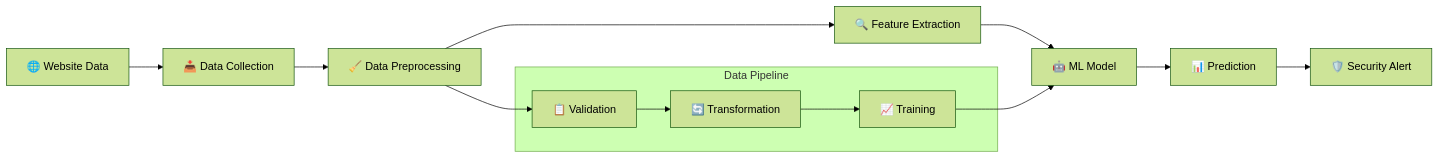
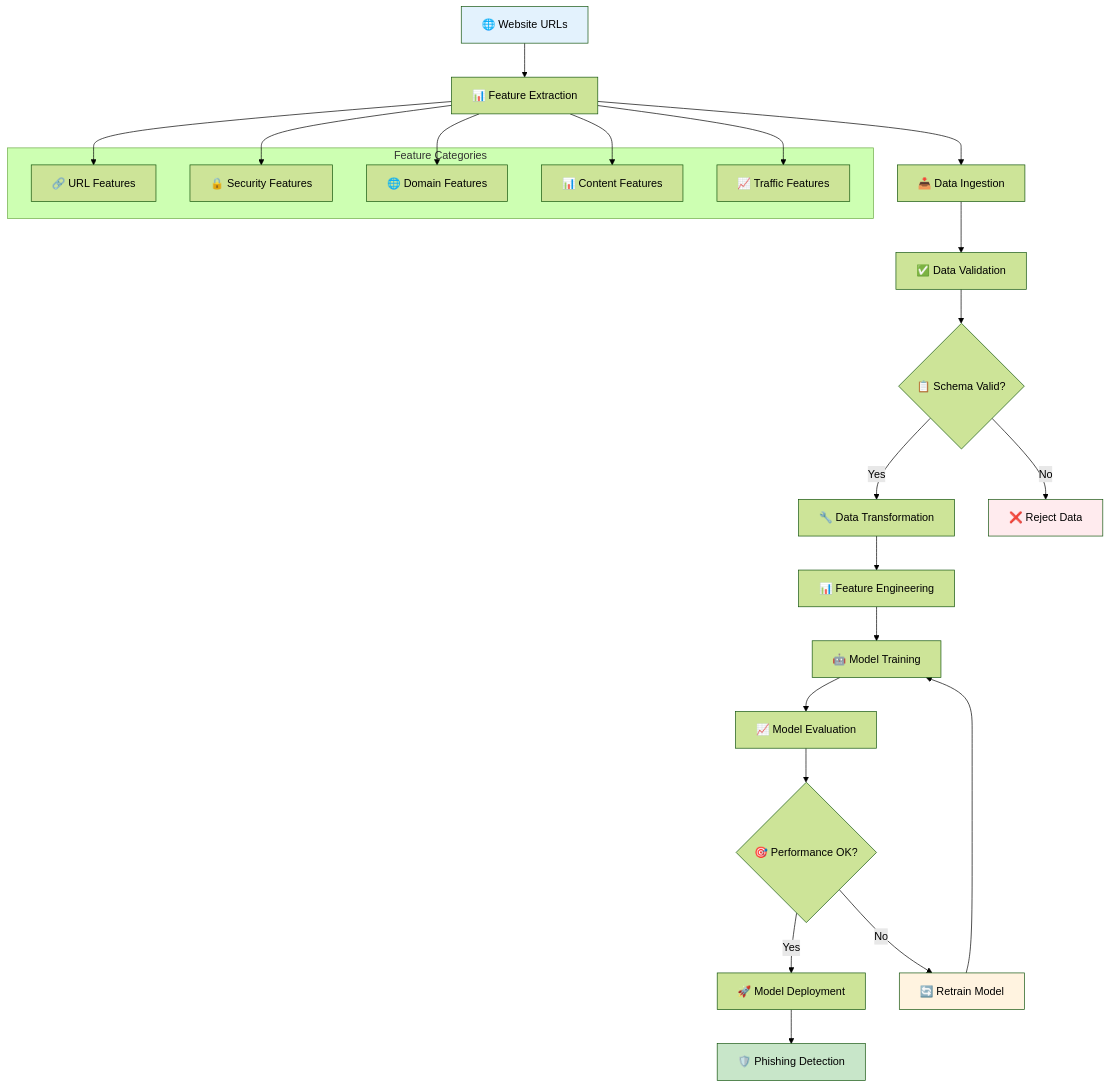
The second of 5 diagrams in README.md (Charan703/E2E_NetworkSecurity), drawn with Mermaid (forest theme) before and after one commit. The commit also changed other lines of this file and 8 other files, not shown here.

Commit message:
Data Transformation commit

````diff
--- a/README.md
+++ b/README.md
@@ -60,20 +102,36 @@
 ```mermaid
-flowchart LR
-    A[🌐 Website Data] --> B[📥 Data Collection]
-    B --> C[🧹 Data Preprocessing]
-    C --> D[🔍 Feature Extraction]
-    D --> E[🤖 ML Model]
-    E --> F[📊 Prediction]
-    F --> G[🛡️ Security Alert]
+flowchart TD
+    A[🌐 Website URLs] --> B[📊 Feature Extraction]
+    B --> C[📥 Data Ingestion]
+    C --> D[✅ Data Validation]
+    D --> E{📋 Schema Valid?}
+    E -->|Yes| F[🔧 Data Transformation]
+    E -->|No| G[❌ Reject Data]
+    F --> H[📊 Feature Engineering]
+    H --> I[🤖 Model Training]
+    I --> J[📈 Model Evaluation]
+    J --> K{🎯 Performance OK?}
+    K -->|Yes| L[🚀 Model Deployment]
+    K -->|No| M[🔄 Retrain Model]
+    M --> I
+    L --> N[🛡️ Phishing Detection]
     
-    subgraph "Data Pipeline"
-        H[📋 Validation]
-        I[🔄 Transformation]
-        J[📈 Training]
+    subgraph "Feature Categories"
+        O[🔗 URL Features]
+        P[🔒 Security Features]
+        Q[🌐 Domain Features]
+        R[📊 Content Features]
+        S[📈 Traffic Features]
     end
     
-    C --> H
-    H --> I
-    I --> J
-    J --> E
+    B --> O
+    B --> P
+    B --> Q
+    B --> R
+    B --> S
+    
+    style A fill:#e3f2fd
+    style N fill:#c8e6c9
+    style G fill:#ffebee
+    style M fill:#fff3e0
 ```
````
